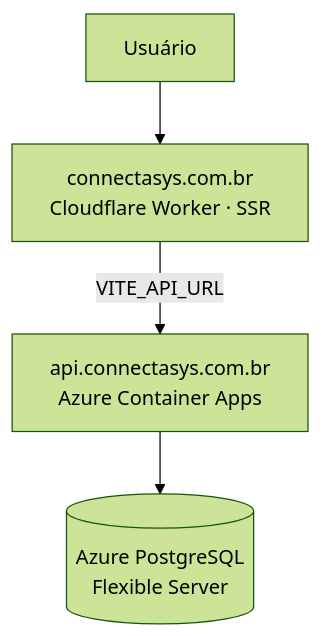
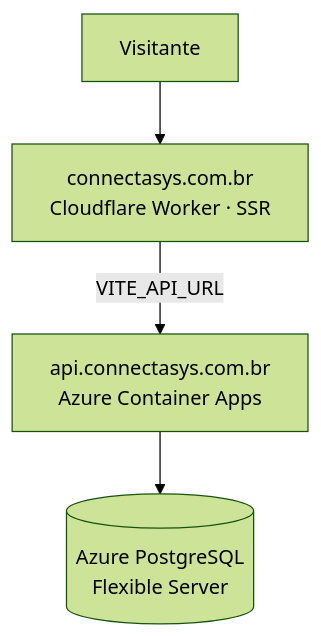
One commit to Paulocergio/connectasys-hub changed the fourth of 4 diagrams in README.md. Above: the diagram before and after it, drawn with Mermaid (forest theme). The commit also changed other lines of this file, not shown here.

````diff
--- a/README.md
+++ b/README.md
@@ -244,6 +306,6 @@
 ```mermaid
 flowchart TD
-    U[Usuário] --> CF[connectasys.com.br<br/>Cloudflare Worker · SSR]
+    U[Visitante] --> CF[connectasys.com.br<br/>Cloudflare Worker · SSR]
     CF -->|VITE_API_URL| API[api.connectasys.com.br<br/>Azure Container Apps]
     API --> DB[(Azure PostgreSQL<br/>Flexible Server)]
 ```
````
